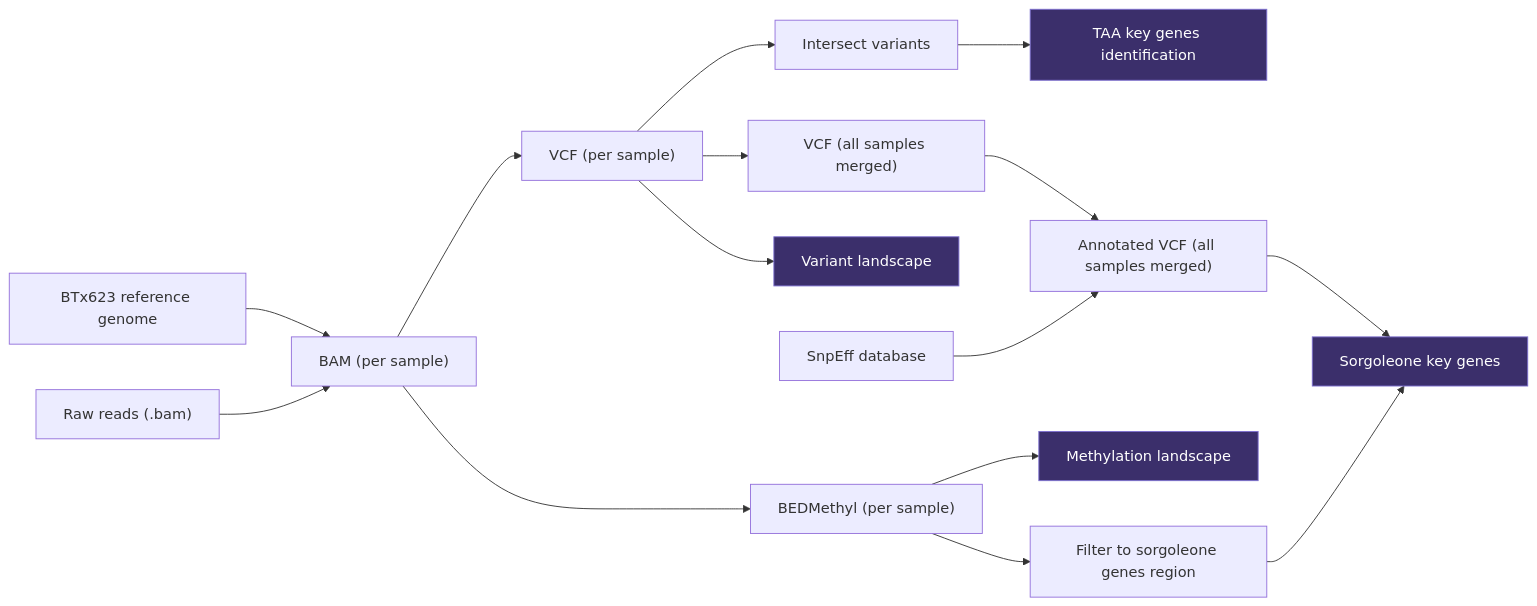
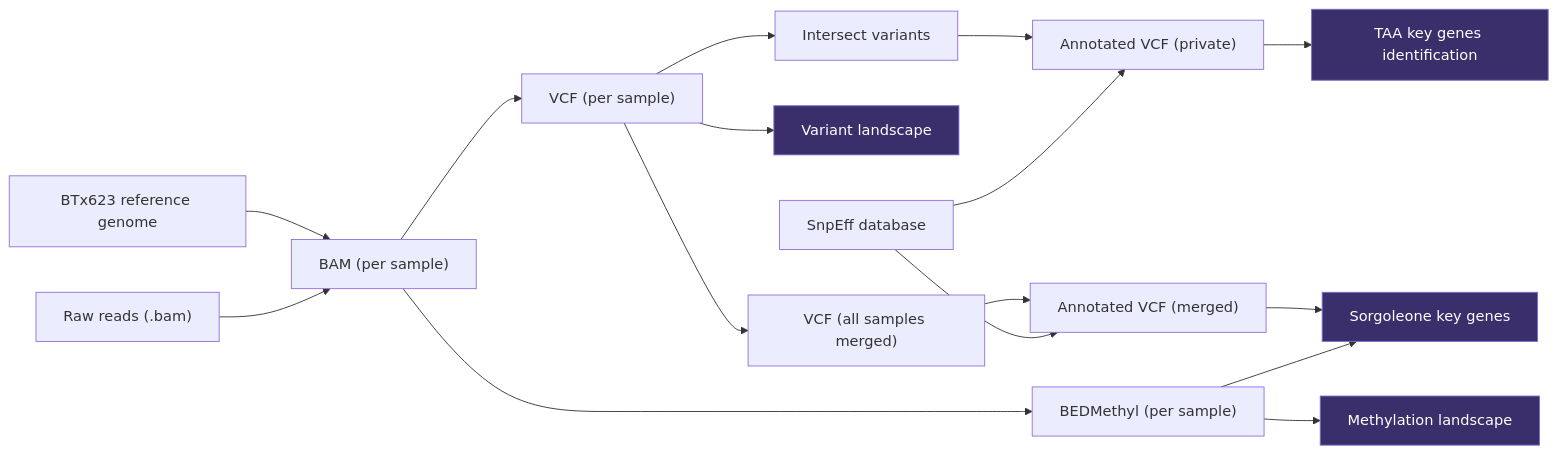
One commit to daffaaprilio/masters_thesis changed the diagram in analysis/ANALYSIS.md. Above: the diagram before and after it, drawn with Mermaid. The commit also changed 4 other files, not shown here.

Commit message:
TAA narrowing down candidate genes, tiered approach

````diff
--- a/analysis/ANALYSIS.md
+++ b/analysis/ANALYSIS.md
@@ -16,30 +16,32 @@
 ```mermaid
 flowchart LR
-    R[BTx623 reference genome] --> B4
+    REF[BTx623 reference genome]
+    READS["Raw reads (.bam)"]
+    SNPEFF[SnpEff database]
 
-    R1["Raw reads (.bam)"] --> B4["BAM (per sample)"]
+    REF   --> BAM["BAM (per sample)"]
+    READS --> BAM
 
-    B4 --> BED["BEDMethyl (per sample)"]
+    BAM --> VCF["VCF (per sample)"]
+    BAM --> BED["BEDMethyl (per sample)"]
 
-    B4 --> V4["VCF (per sample)"]
-    V4 --> BCFI["Intersect variants"]
-    BCFI --> TAA["TAA key genes identification"]
+    VCF --> VL["Variant landscape"]
+    VCF --> ISEC["Intersect variants"]
+    VCF --> MRG["VCF (all samples merged)"]
 
-    V4 --> VL["Variant landscape"]
+    ISEC --> PRIV["Annotated VCF (private)"]
+    SNPEFF --> PRIV
+    PRIV --> TAA["TAA key genes identification"]
 
-    V4 --> MRG["VCF (all samples merged)"]
-
-    MRG --> ANN["Annotated VCF (all samples merged)"]
-    SNPEFF[SnpEff database] --> ANN
-
+    MRG --> ANN["Annotated VCF (merged)"]
+    SNPEFF --> ANN
     ANN --> SKG["Sorgoleone key genes"]
 
     BED --> ML["Methylation landscape"]
-    BED --> FSG["Filter to sorgoleone genes region"]
-    FSG --> SKG
+    BED --> SKG
 
     style VL fill:#3b2f6b,stroke:#7c6fcf,color:#fff
     style SKG fill:#3b2f6b,stroke:#7c6fcf,color:#fff
     style ML fill:#3b2f6b,stroke:#7c6fcf,color:#fff
     style TAA fill:#3b2f6b,stroke:#7c6fcf,color:#fff
 ```
````
